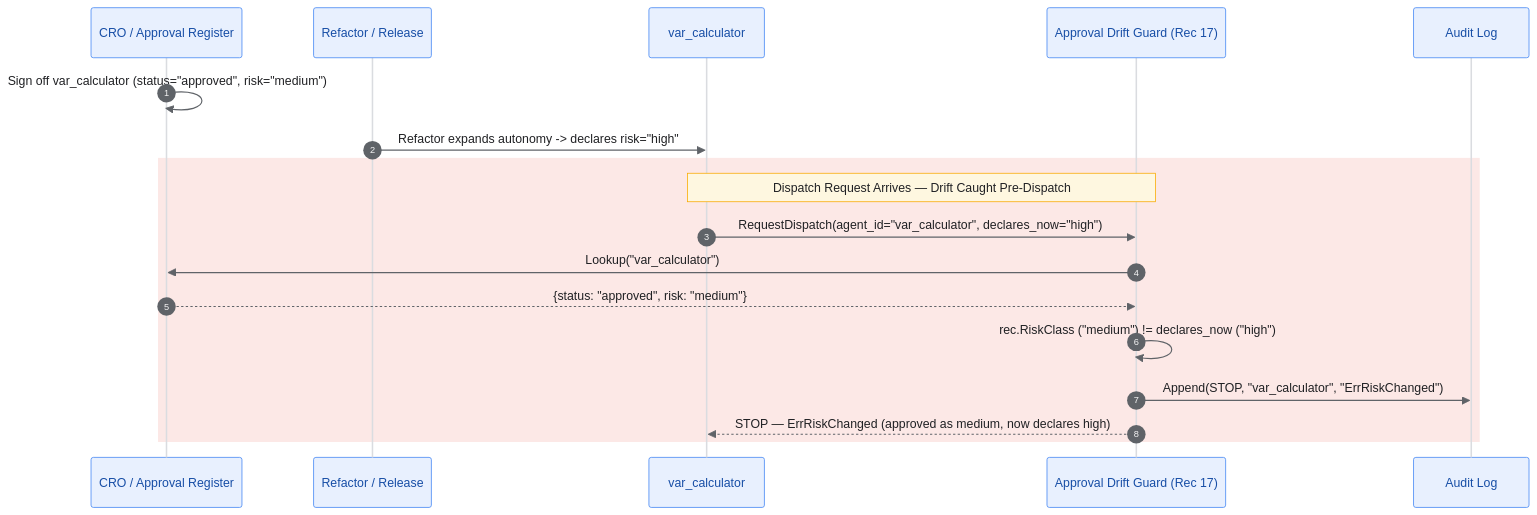
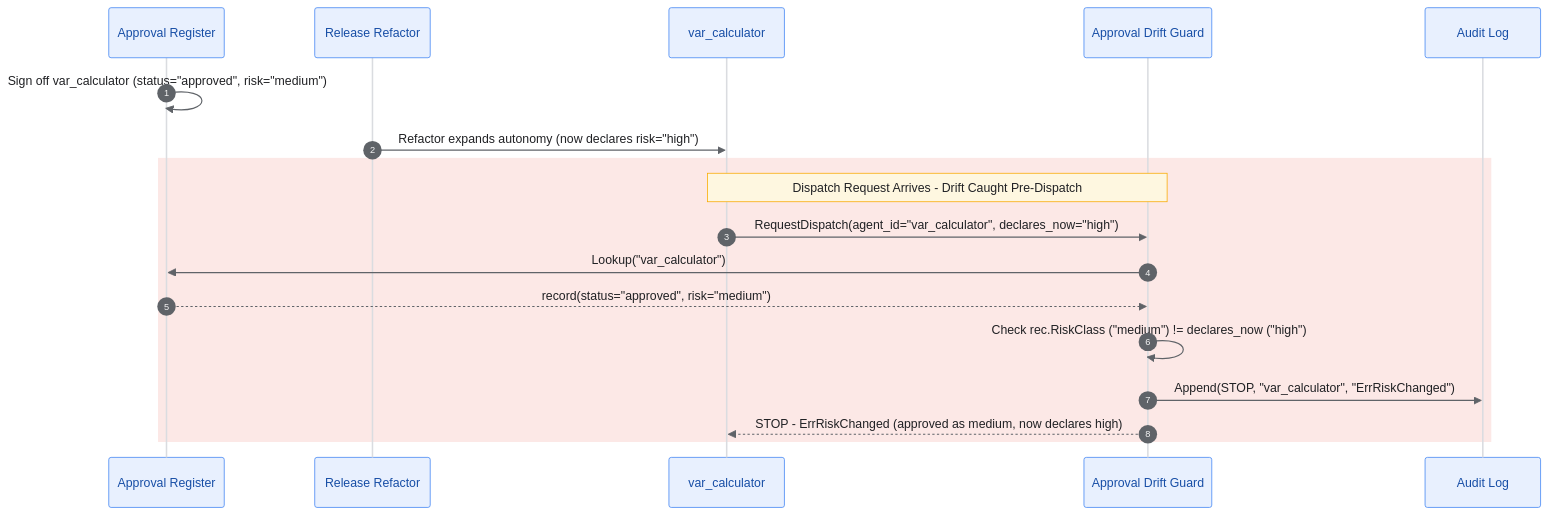
The fourth of 6 diagrams in README.md (PratikDhanave/Build-For-RBI-Inherit-The-EU-AI-Act), drawn with Mermaid before and after one commit. The commit also changed other lines of this file and 8 other files, not shown here.

Commit message:
Fix Mermaid diagram rendering on GitHub, add official RBI FREE-AI PDF link, and fix RFC issue links

````diff
--- a/README.md
+++ b/README.md
@@ -260,41 +215,23 @@
 ```mermaid
-%%{init: {
-  "theme": "base",
-  "themeVariables": {
-    "fontFamily": "Google Sans, Roboto, Helvetica Neue, Arial, sans-serif",
-    "actorFontFamily": "Google Sans, Roboto, sans-serif",
-    "noteFontFamily": "Google Sans, Roboto, sans-serif",
-    "messageFontFamily": "Roboto Mono, ui-monospace, monospace",
-    "messageFontSize": "13px",
-    "actorBkg": "#E8F0FE",
-    "actorBorder": "#4285F4",
-    "actorTextColor": "#174EA6",
-    "actorLineColor": "#DADCE0",
-    "signalColor": "#5F6368",
-    "signalTextColor": "#202124",
-    "noteBkgColor": "#FEF7E0",
-    "noteBorderColor": "#F9AB00",
-    "noteTextColor": "#202124"
-  }
-}}%%
+%%{init: {"theme": "base", "themeVariables": {"fontFamily": "Google Sans, Roboto, Helvetica Neue, Arial, sans-serif", "actorFontFamily": "Google Sans, Roboto, sans-serif", "noteFontFamily": "Google Sans, Roboto, sans-serif", "messageFontFamily": "Roboto Mono, ui-monospace, monospace", "messageFontSize": "13px", "actorBkg": "#E8F0FE", "actorBorder": "#4285F4", "actorTextColor": "#174EA6", "actorLineColor": "#DADCE0", "signalColor": "#5F6368", "signalTextColor": "#202124", "noteBkgColor": "#FEF7E0", "noteBorderColor": "#F9AB00", "noteTextColor": "#202124"}}}%%
 sequenceDiagram
     autonumber
-    participant CRO as CRO / Approval Register
-    participant Dev as Refactor / Release
+    participant CRO as Approval Register
+    participant Dev as Release Refactor
     participant Agent as var_calculator
-    participant Gate as Approval Drift Guard (Rec 17)
+    participant Gate as Approval Drift Guard
     participant Audit as Audit Log
 
     CRO->>CRO: Sign off var_calculator (status="approved", risk="medium")
-    Dev->>Agent: Refactor expands autonomy -> declares risk="high"
+    Dev->>Agent: Refactor expands autonomy (now declares risk="high")
 
     rect rgb(252, 232, 230)
-    Note over Agent,Gate: Dispatch Request Arrives — Drift Caught Pre-Dispatch
+    Note over Agent,Gate: Dispatch Request Arrives - Drift Caught Pre-Dispatch
     Agent->>Gate: RequestDispatch(agent_id="var_calculator", declares_now="high")
     Gate->>CRO: Lookup("var_calculator")
-    CRO-->>Gate: {status: "approved", risk: "medium"}
-    Gate->>Gate: rec.RiskClass ("medium") != declares_now ("high")
+    CRO-->>Gate: record(status="approved", risk="medium")
+    Gate->>Gate: Check rec.RiskClass ("medium") != declares_now ("high")
     Gate->>Audit: Append(STOP, "var_calculator", "ErrRiskChanged")
-    Gate-->>Agent: STOP — ErrRiskChanged (approved as medium, now declares high)
+    Gate-->>Agent: STOP - ErrRiskChanged (approved as medium, now declares high)
     end
 ```
````
